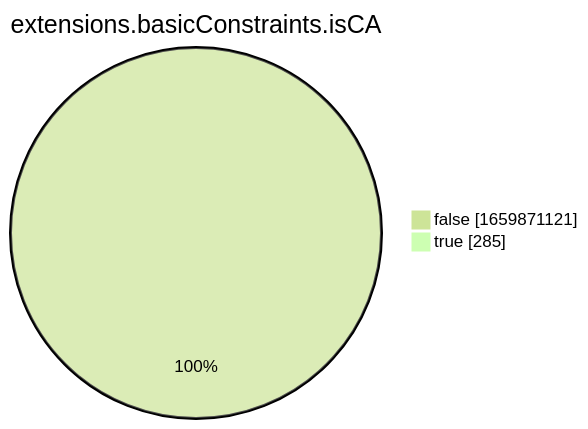
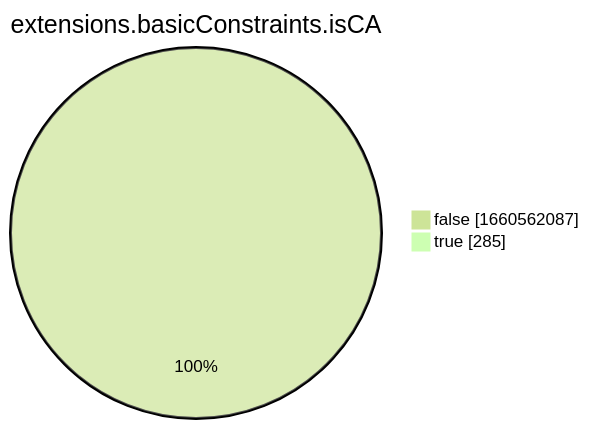
One commit to christiankrug/ctmonitor_visualization changed the eighth of 15 diagrams in xenon2022/README.md. Above: the diagram before and after it, drawn with Mermaid (forest theme). The commit also changed other lines of this file, not shown here.

````diff
--- a/xenon2022/README.md
+++ b/xenon2022/README.md
@@ -2864,6 +2864,6 @@
 ```mermaid
 pie showData
 title extensions.basicConstraints.isCA
-"false" :1659871121
+"false" :1660562087
 "true" :285
 ```
````
